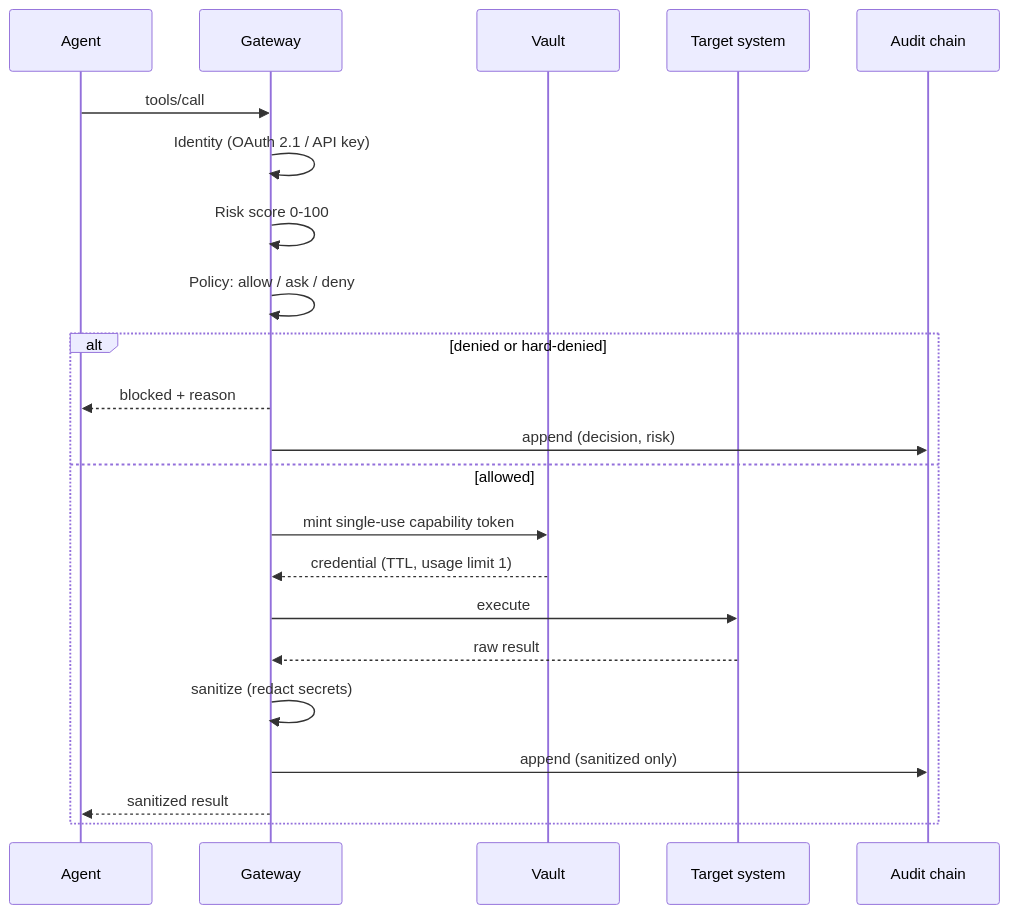
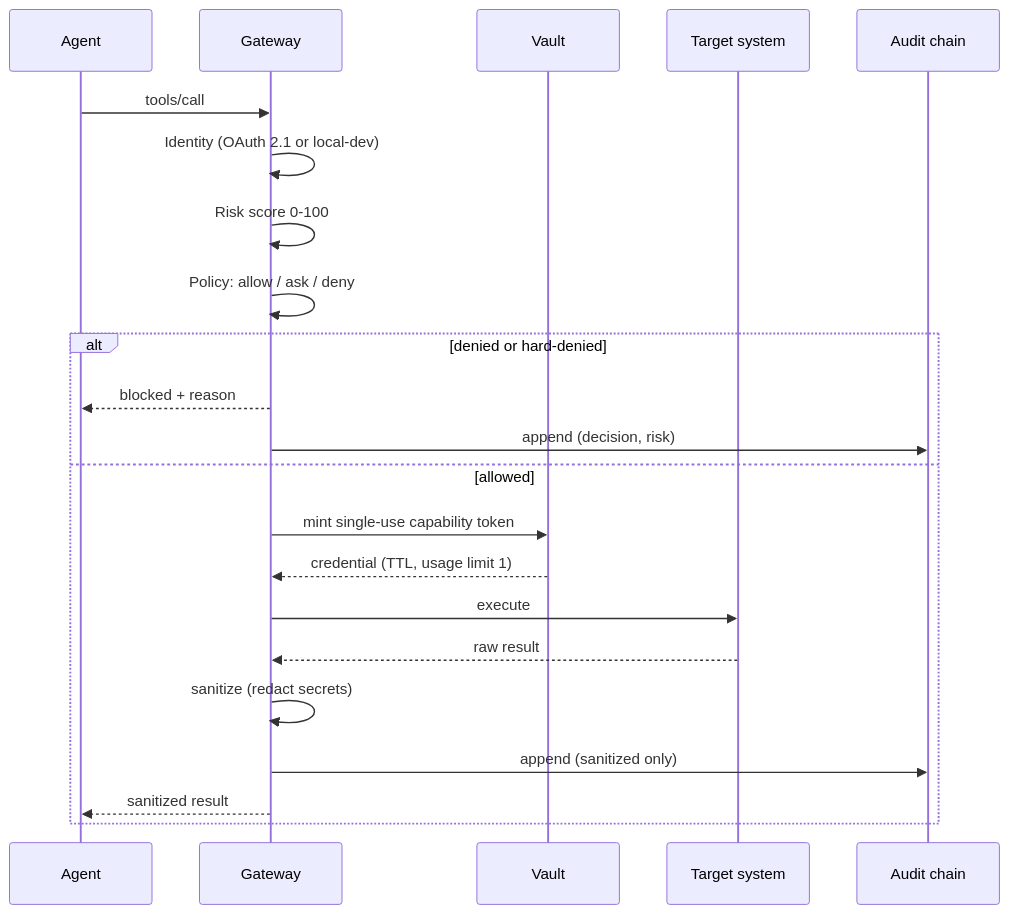
One commit to amitchahar509-collab/shadowpaste changed the third of 3 diagrams in README.md. Above: the diagram before and after it, drawn with Mermaid. The commit also changed other lines of this file, not shown here.

````diff
--- a/README.md
+++ b/README.md
@@ -286,24 +359,24 @@
 ```mermaid
 sequenceDiagram
     participant A as Agent
     participant G as Gateway
     participant V as Vault
     participant T as Target system
     participant L as Audit chain
     A->>G: tools/call
-    G->>G: Identity (OAuth 2.1 / API key)
+    G->>G: Identity (OAuth 2.1 or local-dev)
     G->>G: Risk score 0-100
     G->>G: Policy: allow / ask / deny
     alt denied or hard-denied
         G-->>A: blocked + reason
         G->>L: append (decision, risk)
     else allowed
         G->>V: mint single-use capability token
         V-->>G: credential (TTL, usage limit 1)
         G->>T: execute
         T-->>G: raw result
         G->>G: sanitize (redact secrets)
         G->>L: append (sanitized only)
         G-->>A: sanitized result
     end
 ```
````
